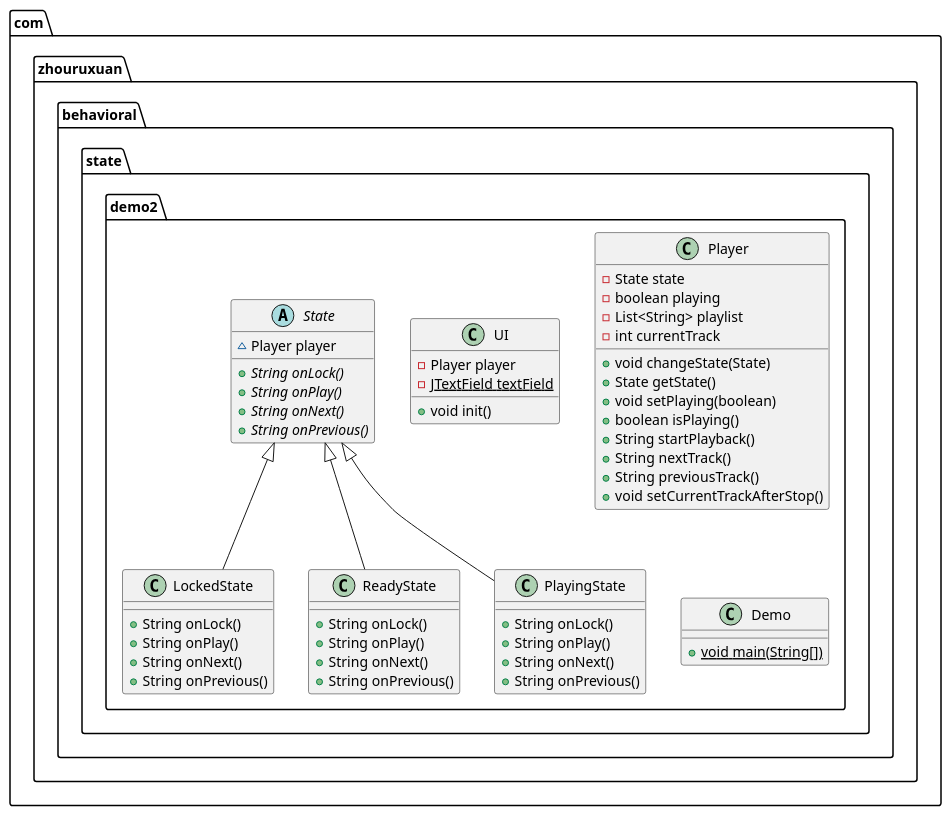
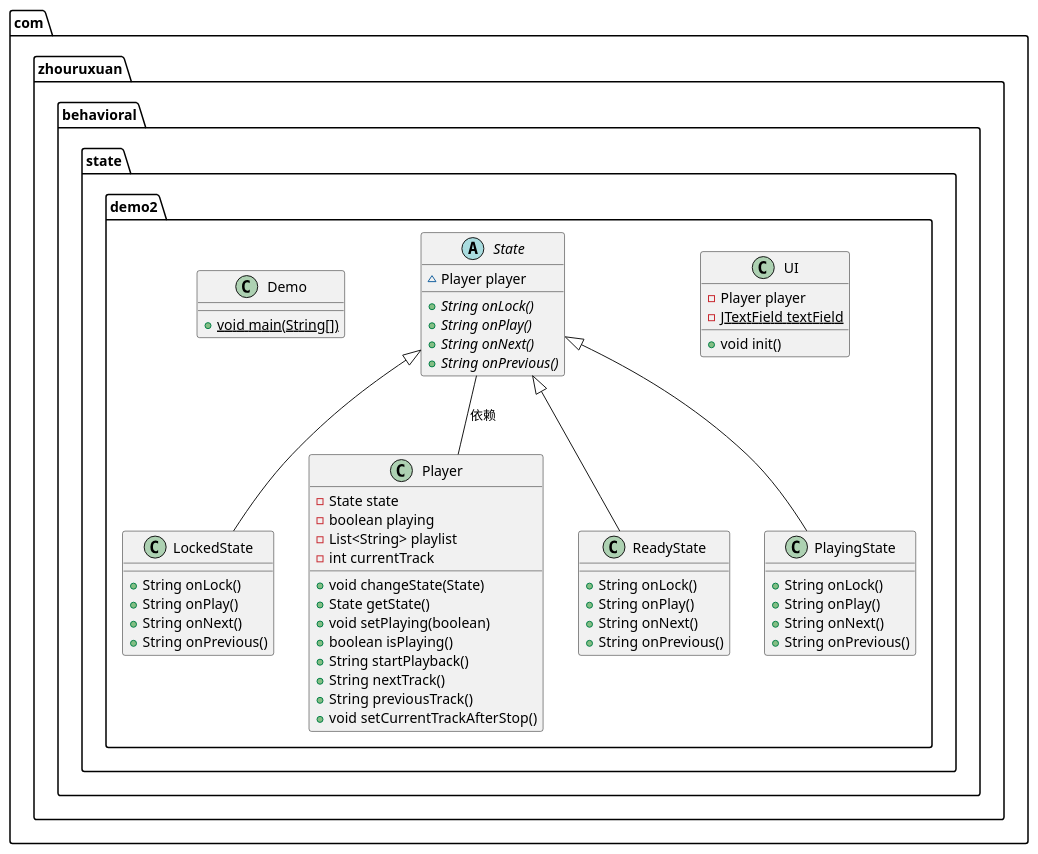
Before and after one commit to Zhou-Ru-Xuan/java: the diagram in design-pattern/src/main/java/com/zhouruxuan/behavioral/state/demo2/uml/state.puml, drawn with PlantUML. The commit also changed 4 other files, not shown here.

Commit message:
state uml

```diff
--- a/design-pattern/src/main/java/com/zhouruxuan/behavioral/state/demo2/uml/state.puml
+++ b/design-pattern/src/main/java/com/zhouruxuan/behavioral/state/demo2/uml/state.puml
@@ -1,54 +1,55 @@
 @startuml
 class com.zhouruxuan.behavioral.state.demo2.LockedState {
 + String onLock()
 + String onPlay()
 + String onNext()
 + String onPrevious()
 }
 class com.zhouruxuan.behavioral.state.demo2.UI {
 - Player player
 - {static} JTextField textField
 + void init()
 }
 abstract class com.zhouruxuan.behavioral.state.demo2.State {
 ~ Player player
 + {abstract}String onLock()
 + {abstract}String onPlay()
 + {abstract}String onNext()
 + {abstract}String onPrevious()
 }
 class com.zhouruxuan.behavioral.state.demo2.Player {
 - State state
 - boolean playing
 - List<String> playlist
 - int currentTrack
 + void changeState(State)
 + State getState()
 + void setPlaying(boolean)
 + boolean isPlaying()
 + String startPlayback()
 + String nextTrack()
 + String previousTrack()
 + void setCurrentTrackAfterStop()
 }
 class com.zhouruxuan.behavioral.state.demo2.Demo {
 + {static} void main(String[])
 }
 class com.zhouruxuan.behavioral.state.demo2.ReadyState {
 + String onLock()
 + String onPlay()
 + String onNext()
 + String onPrevious()
 }
 class com.zhouruxuan.behavioral.state.demo2.PlayingState {
 + String onLock()
 + String onPlay()
 + String onNext()
 + String onPrevious()
 }
 
 
 com.zhouruxuan.behavioral.state.demo2.State <|-- com.zhouruxuan.behavioral.state.demo2.LockedState
 com.zhouruxuan.behavioral.state.demo2.State <|-- com.zhouruxuan.behavioral.state.demo2.ReadyState
 com.zhouruxuan.behavioral.state.demo2.State <|-- com.zhouruxuan.behavioral.state.demo2.PlayingState
+com.zhouruxuan.behavioral.state.demo2.State -- com.zhouruxuan.behavioral.state.demo2.Player : 依赖
 @enduml
```
